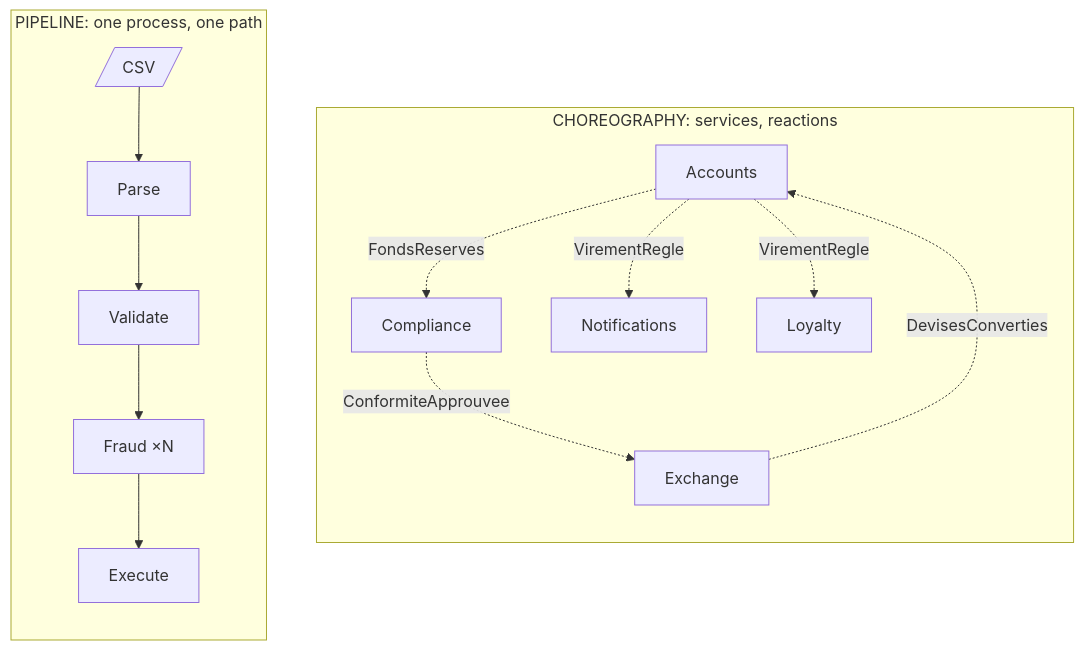
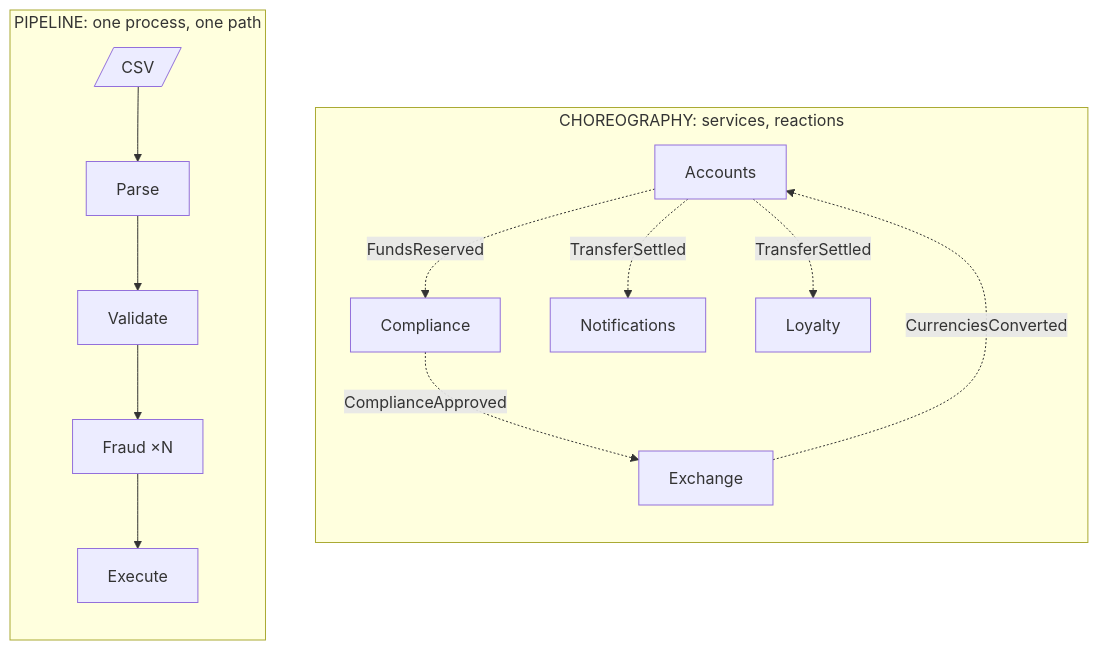
Before and after one commit to drangoht/ArchitecturesDemo: the diagram in Docs/en/differences/13-pipeline-vs-choregraphie.md, drawn with Mermaid. The commit also changed other lines of this file and 78 other files, not shown here.

First line of the commit message:
Docs EN : identifiants, liens, diagrammes et sorties alignés sur le code anglais

````diff
--- a/Docs/en/differences/13-pipeline-vs-choregraphie.md
+++ b/Docs/en/differences/13-pipeline-vs-choregraphie.md
@@ -37,16 +37,16 @@
 ```mermaid
 flowchart LR
     subgraph P["PIPELINE: one process, one path"]
         direction TB
         F[/"CSV"/] --> A["Parse"] --> V["Validate"] --> FR["Fraud ×N"] --> E["Execute"]
     end
     subgraph C["CHOREOGRAPHY: services, reactions"]
         direction TB
-        CO["Accounts"] -.->|"FondsReserves"| CF["Compliance"]
-        CF -.->|"ConformiteApprouvee"| CH["Exchange"]
-        CH -.->|"DevisesConverties"| CO
-        CO -.->|"VirementRegle"| NO["Notifications"]
-        CO -.->|"VirementRegle"| FI["Loyalty"]
+        CO["Accounts"] -.->|"FundsReserved"| CF["Compliance"]
+        CF -.->|"ComplianceApproved"| CH["Exchange"]
+        CH -.->|"CurrenciesConverted"| CO
+        CO -.->|"TransferSettled"| NO["Notifications"]
+        CO -.->|"TransferSettled"| FI["Loyalty"]
     end
     P ~~~ C
 ```
````
